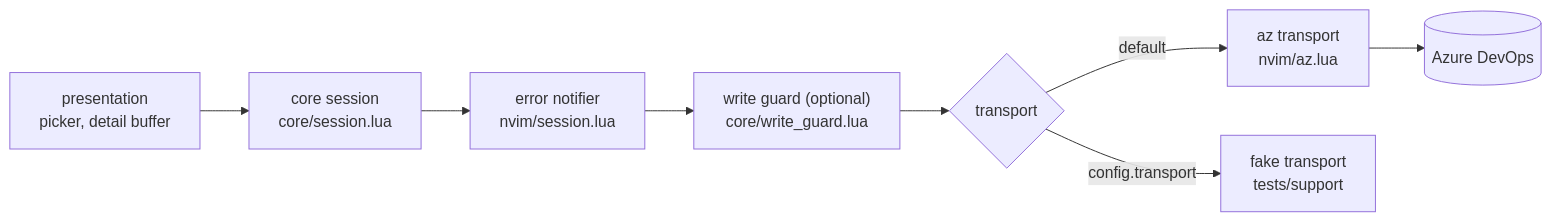
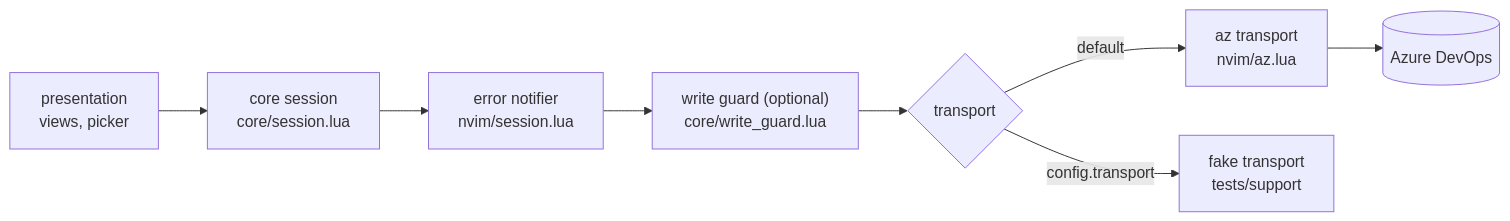
Before and after one commit to xpcoffee/nvim-ado-workitems: the first of 3 diagrams in docs/architecture.md, drawn with Mermaid. The commit also changed other lines of this file and 41 other files, not shown here.

````diff
--- a/docs/architecture.md
+++ b/docs/architecture.md
@@ -24,10 +24,10 @@
 ```mermaid
 flowchart LR
-  UI["presentation<br/>picker, detail buffer"] --> S["core session<br/>core/session.lua"]
+  UI["presentation<br/>views, picker"] --> S["core session<br/>core/session.lua"]
   S --> N["error notifier<br/>nvim/session.lua"]
   N --> G["write guard (optional)<br/>core/write_guard.lua"]
   G --> T{"transport"}
   T -->|default| AZ["az transport<br/>nvim/az.lua"]
   T -->|config.transport| F["fake transport<br/>tests/support"]
   AZ --> ADO[("Azure DevOps")]
 ```
````
